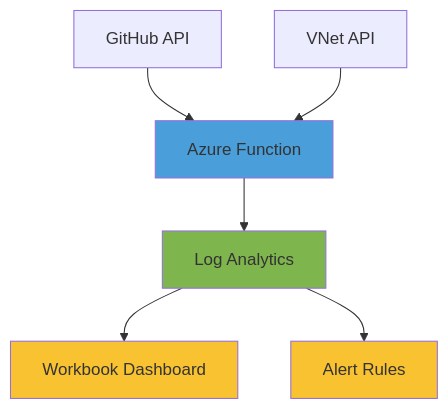
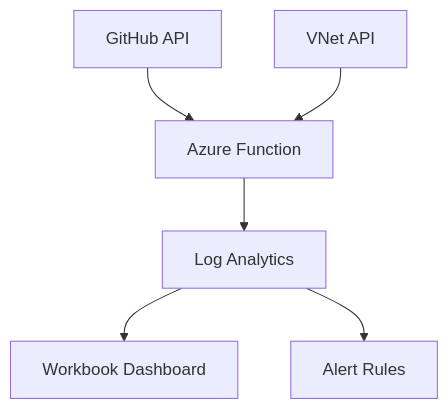
Before and after one commit to aymenfurter/github-runners-monitoring: the diagram in README.md, drawn with Mermaid.

````diff
--- a/README.md
+++ b/README.md
@@ -122,13 +122,8 @@
 ```mermaid
 graph TD
     A[GitHub API] --> C[Azure Function]
     B[VNet API] --> C
     C --> D[Log Analytics]
     D --> E[Workbook Dashboard]
     D --> F[Alert Rules]
-    
-    style C fill:#4a9eda
-    style D fill:#7eb54d
-    style E fill:#f9c231
-    style F fill:#f9c231
 ```
````
